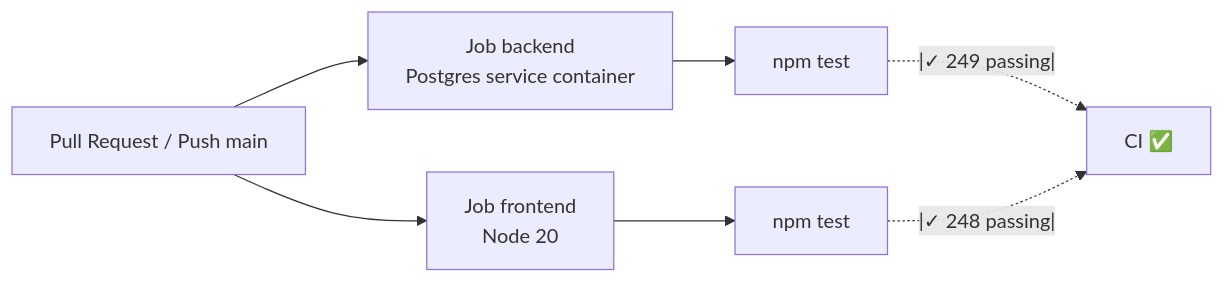
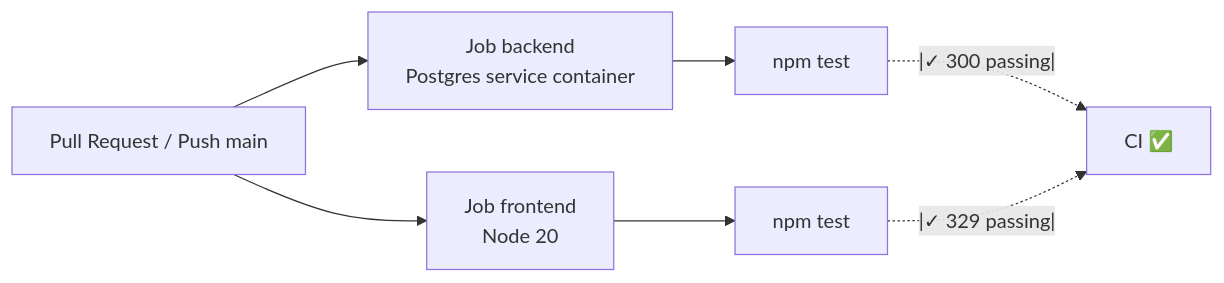
Before and after one commit to ribeirocarlos87/mini-erp-web: the sixth of 6 diagrams in README.md, drawn with Mermaid. The commit also changed other lines of this file, not shown here.

Commit message:
docs(readme): update test counts to reflect current state (629 total, 577 passing)

````diff
--- a/README.md
+++ b/README.md
@@ -373,9 +373,9 @@
 ```mermaid
 graph LR
     PR[Pull Request / Push main] --> Backend
     PR --> Frontend
     Backend[Job backend<br/>Postgres service container] --> BTests[npm test]
     Frontend[Job frontend<br/>Node 20] --> FTests[npm test]
-    BTests -.|✓ 249 passing|.-> Done[CI ✅]
-    FTests -.|✓ 248 passing|.-> Done
+    BTests -.|✓ 300 passing|.-> Done[CI ✅]
+    FTests -.|✓ 329 passing|.-> Done
 ```
````
